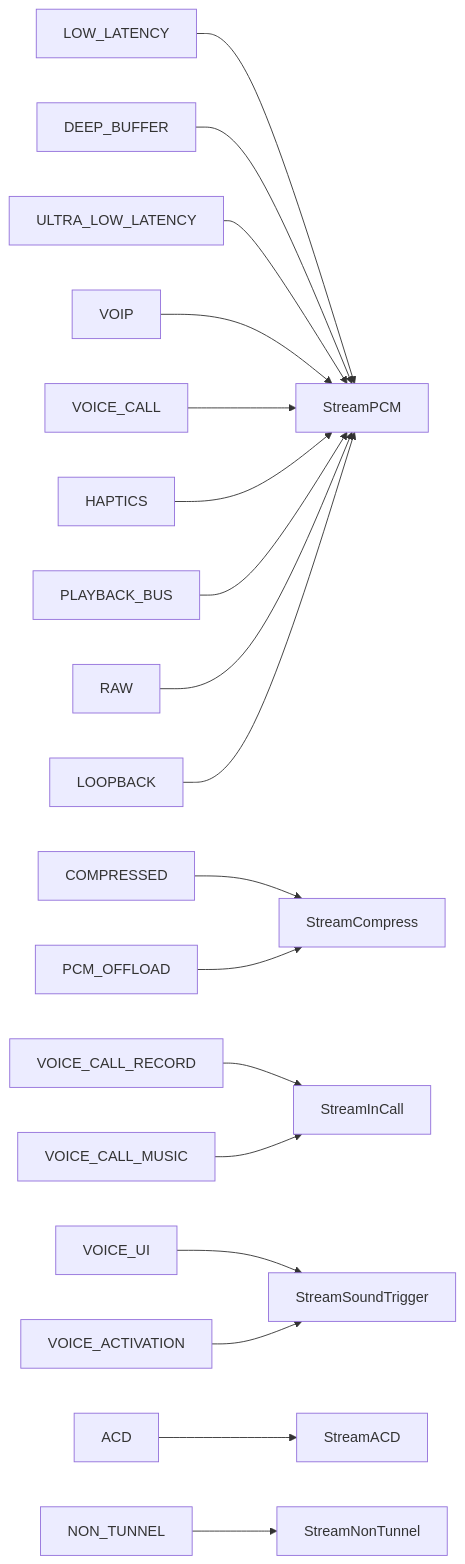
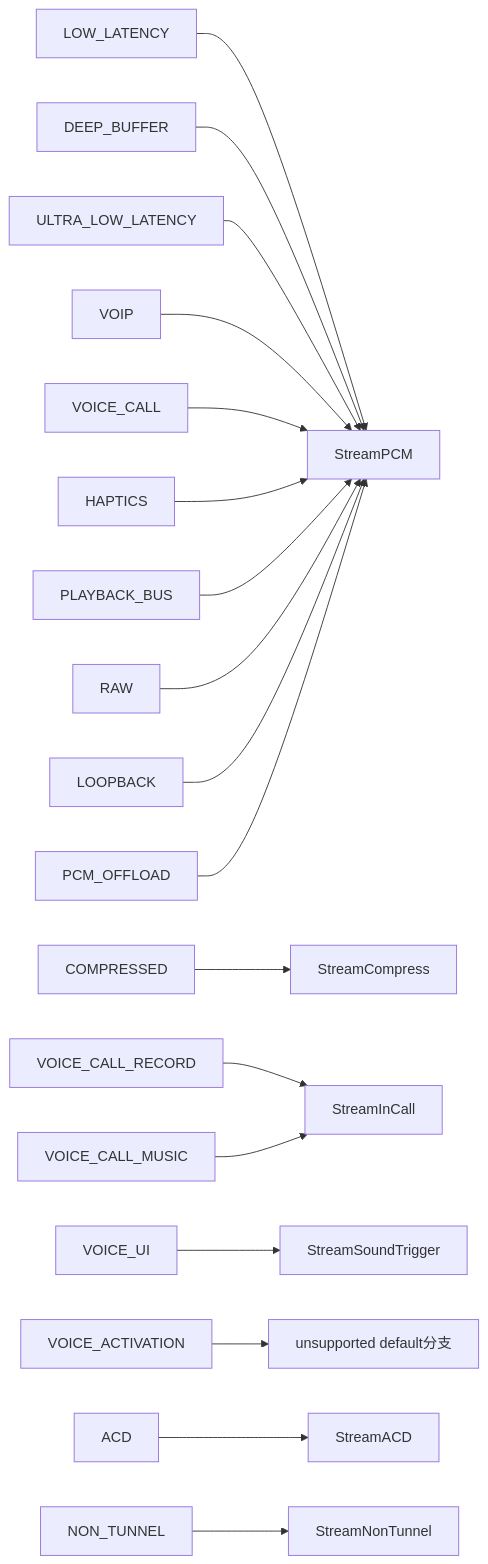
One commit to yanglinzhen1022/SA8295_AAOS_QNX_Audio_KnowledgeBase changed the second of 4 diagrams in 15_PAL_Architecture/15_15.4_流类型_pal_stream_type_t.md. Above: the diagram before and after it, drawn with Mermaid. The commit also changed other lines of this file and 6 other files, not shown here.

````diff
--- a/15_PAL_Architecture/15_15.4_流类型_pal_stream_type_t.md
+++ b/15_PAL_Architecture/15_15.4_流类型_pal_stream_type_t.md
@@ -175,25 +175,25 @@
 ```mermaid
 graph LR
     T1[LOW_LATENCY] --> SPCM[StreamPCM]
     T2[DEEP_BUFFER] --> SPCM
     T3[ULTRA_LOW_LATENCY] --> SPCM
     T4[VOIP] --> SPCM
     T5[VOICE_CALL] --> SPCM
     T6[HAPTICS] --> SPCM
     T7[PLAYBACK_BUS] --> SPCM
     T8[RAW] --> SPCM
     T9[LOOPBACK] --> SPCM
 
     C1[COMPRESSED] --> SC[StreamCompress]
-    C2[PCM_OFFLOAD] --> SC
+    C2[PCM_OFFLOAD] --> SPCM
 
     IC1[VOICE_CALL_RECORD] --> SIC[StreamInCall]
     IC2[VOICE_CALL_MUSIC] --> SIC
 
     ST1[VOICE_UI] --> SST[StreamSoundTrigger]
-    ST2[VOICE_ACTIVATION] --> SST
+    ST2[VOICE_ACTIVATION] --> UNSUP[unsupported default分支]
 
     ACD1[ACD] --> SACD[StreamACD]
 
     NT1[NON_TUNNEL] --> SNT[StreamNonTunnel]
 ```
````
